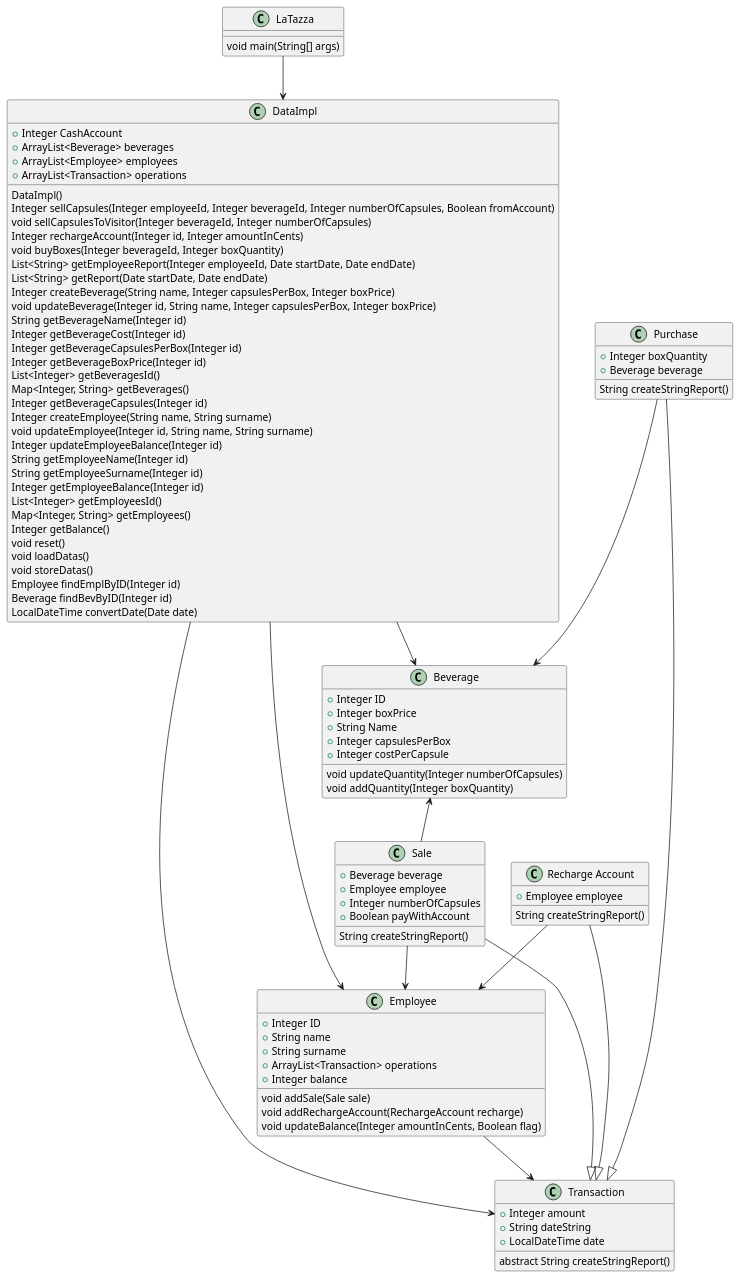
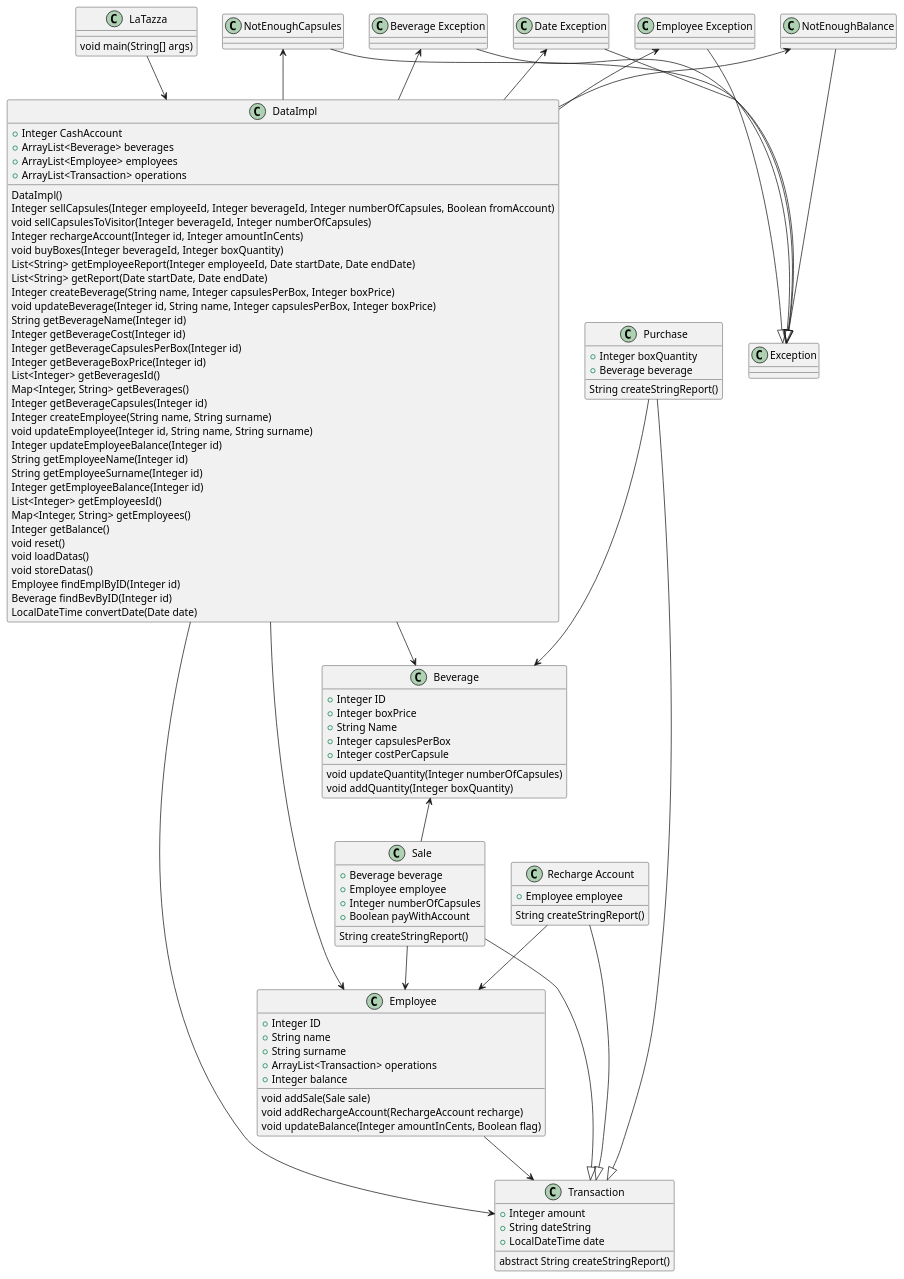
One commit to DarkSee/LaTazza changed the second of 3 diagrams in templates/DesignDocumentTemplate.md. Above: the diagram before and after it, drawn with PlantUML.

Commit message:
Update ClassDiagram

````diff
--- a/templates/DesignDocumentTemplate.md
+++ b/templates/DesignDocumentTemplate.md
@@ -155,6 +155,29 @@
 String createStringReport()
 }
 
+class "Exception" as Ex {
+    
+}
+
+class "Beverage Exception" as BEx {
+    
+}
+
+class "Date Exception" as DEx {
+    
+}
+
+class "Employee Exception" as EEx {
+    
+}
+
+class "NotEnoughBalance" as NEBEx {
+    
+}
+
+class "NotEnoughCapsules" as NECEx {
+    
+}
 LT --> DI
 DI --> T
 DI --> E
@@ -167,4 +190,14 @@
 P --|> T
 RA --> E
 E --> T
+BEx --|> Ex
+DEx --|> Ex
+EEx --|> Ex
+NEBEx --|> Ex
+NECEx --|> Ex
+BEx <-- DI
+DEx <-- DI
+EEx <-- DI
+NEBEx <-- DI
+NECEx <-- DI
 ```
````
